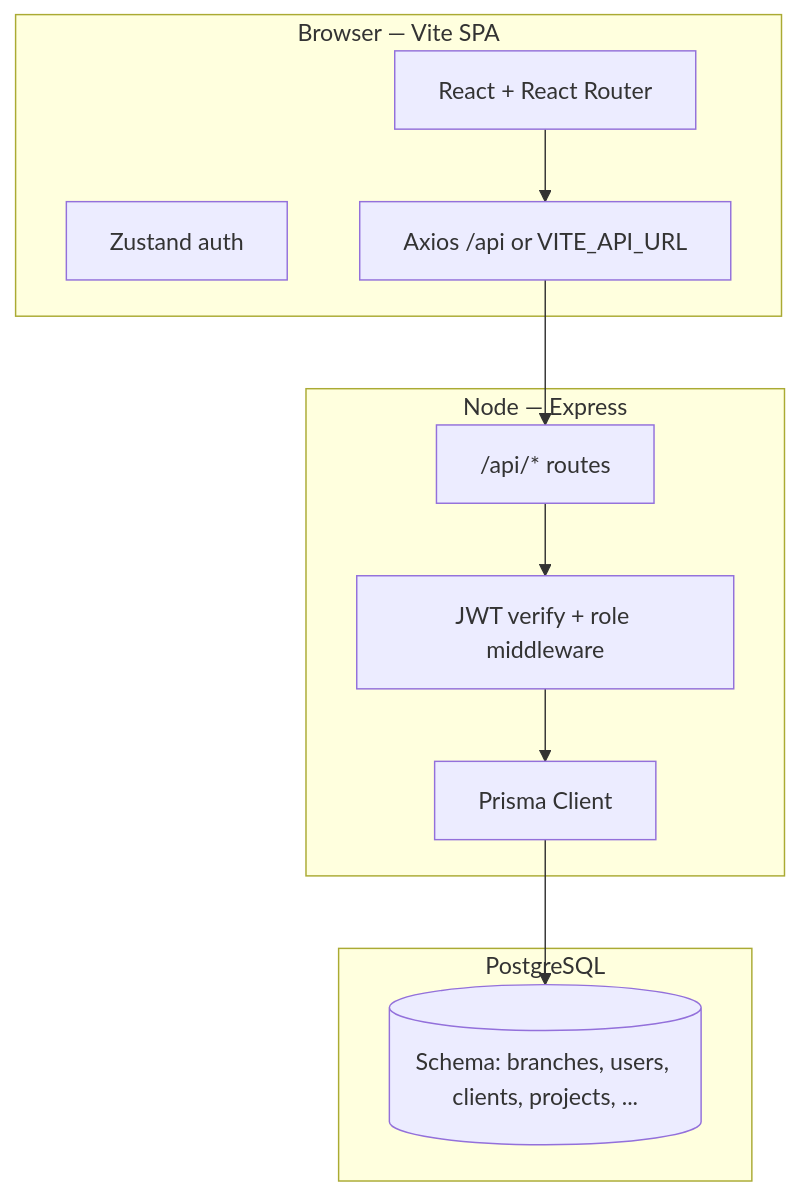
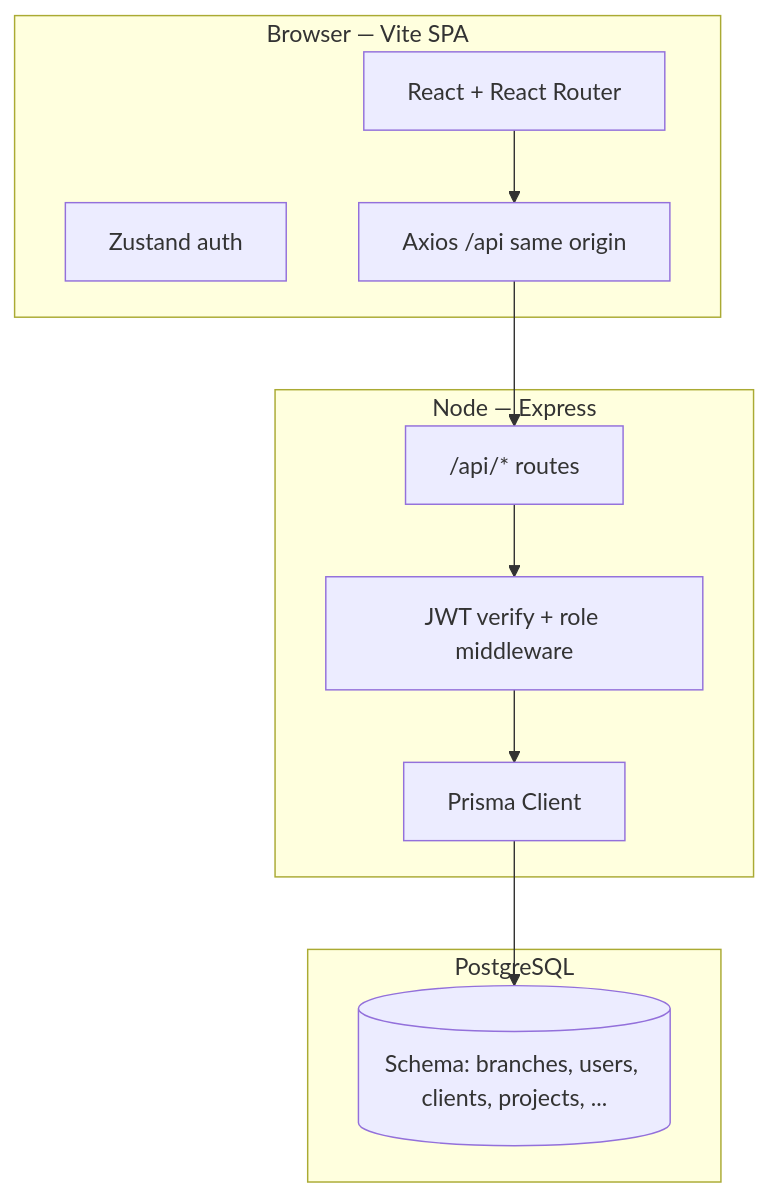
Before and after one commit to mishabcp/buildops: the diagram in docs/PORTFOLIO_BUILDOPS.md, drawn with Mermaid. The commit also changed other lines of this file and 3 other files, not shown here.

````diff
--- a/docs/PORTFOLIO_BUILDOPS.md
+++ b/docs/PORTFOLIO_BUILDOPS.md
@@ -53,21 +53,21 @@
 ```mermaid
 flowchart TB
   subgraph client [Browser — Vite SPA]
     React[React + React Router]
     Zustand[Zustand auth]
-    Axios[Axios /api or VITE_API_URL]
+    Axios[Axios /api same origin]
   end
   subgraph api [Node — Express]
     Routes["/api/* routes"]
     Auth[JWT verify + role middleware]
     Prisma[Prisma Client]
   end
   subgraph data [PostgreSQL]
     DB[(Schema: branches, users, clients, projects, ...)]
   end
   React --> Axios
   Axios --> Routes
   Routes --> Auth
   Auth --> Prisma
   Prisma --> DB
 ```
````
